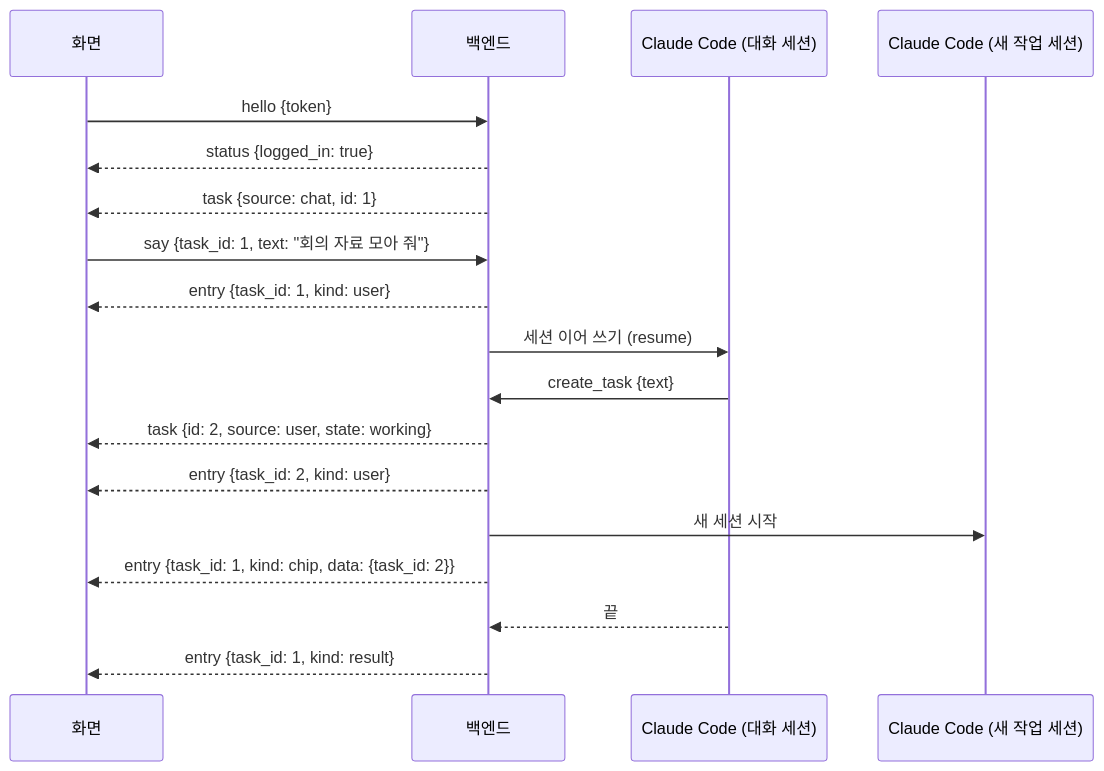
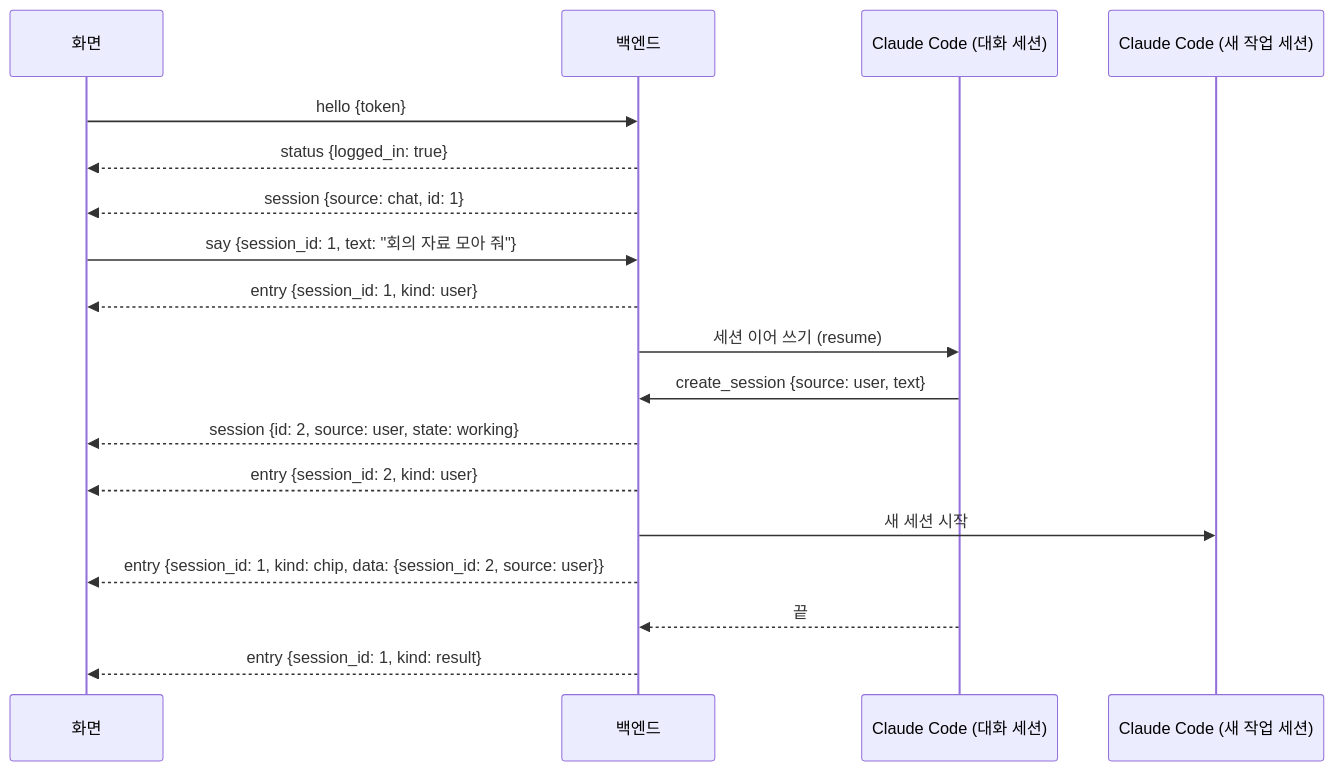
Before and after one commit to HEOSEONGILml/AssistantChatBot: the second of 2 diagrams in docs/backend-protocol.md, drawn with Mermaid. The commit also changed other lines of this file and 36 other files, not shown here.

First line of the commit message:
refactor: 상위 단위를 '작업'에서 '세션'으로, 새 세션은 create_session 하나로

````diff
--- a/docs/backend-protocol.md
+++ b/docs/backend-protocol.md
@@ -155,20 +155,20 @@
 ```mermaid
 sequenceDiagram
   participant S as 화면
   participant B as 백엔드
   participant C as Claude Code (대화 세션)
   participant N as Claude Code (새 작업 세션)
   S->>B: hello {token}
   B-->>S: status {logged_in: true}
-  B-->>S: task {source: chat, id: 1}
-  S->>B: say {task_id: 1, text: "회의 자료 모아 줘"}
-  B-->>S: entry {task_id: 1, kind: user}
+  B-->>S: session {source: chat, id: 1}
+  S->>B: say {session_id: 1, text: "회의 자료 모아 줘"}
+  B-->>S: entry {session_id: 1, kind: user}
   B->>C: 세션 이어 쓰기 (resume)
-  C->>B: create_task {text}
-  B-->>S: task {id: 2, source: user, state: working}
-  B-->>S: entry {task_id: 2, kind: user}
+  C->>B: create_session {source: user, text}
+  B-->>S: session {id: 2, source: user, state: working}
+  B-->>S: entry {session_id: 2, kind: user}
   B->>N: 새 세션 시작
-  B-->>S: entry {task_id: 1, kind: chip, data: {task_id: 2}}
+  B-->>S: entry {session_id: 1, kind: chip, data: {session_id: 2, source: user}}
   C-->>B: 끝
-  B-->>S: entry {task_id: 1, kind: result}
+  B-->>S: entry {session_id: 1, kind: result}
 ```
````
